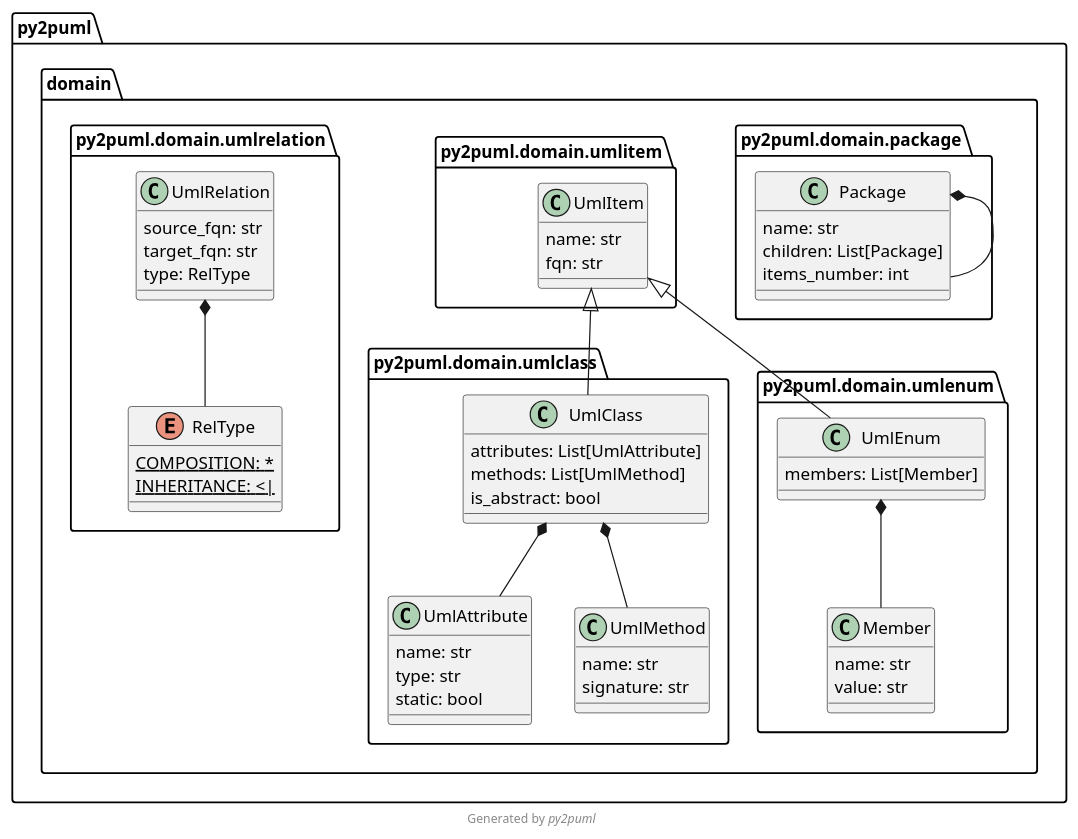
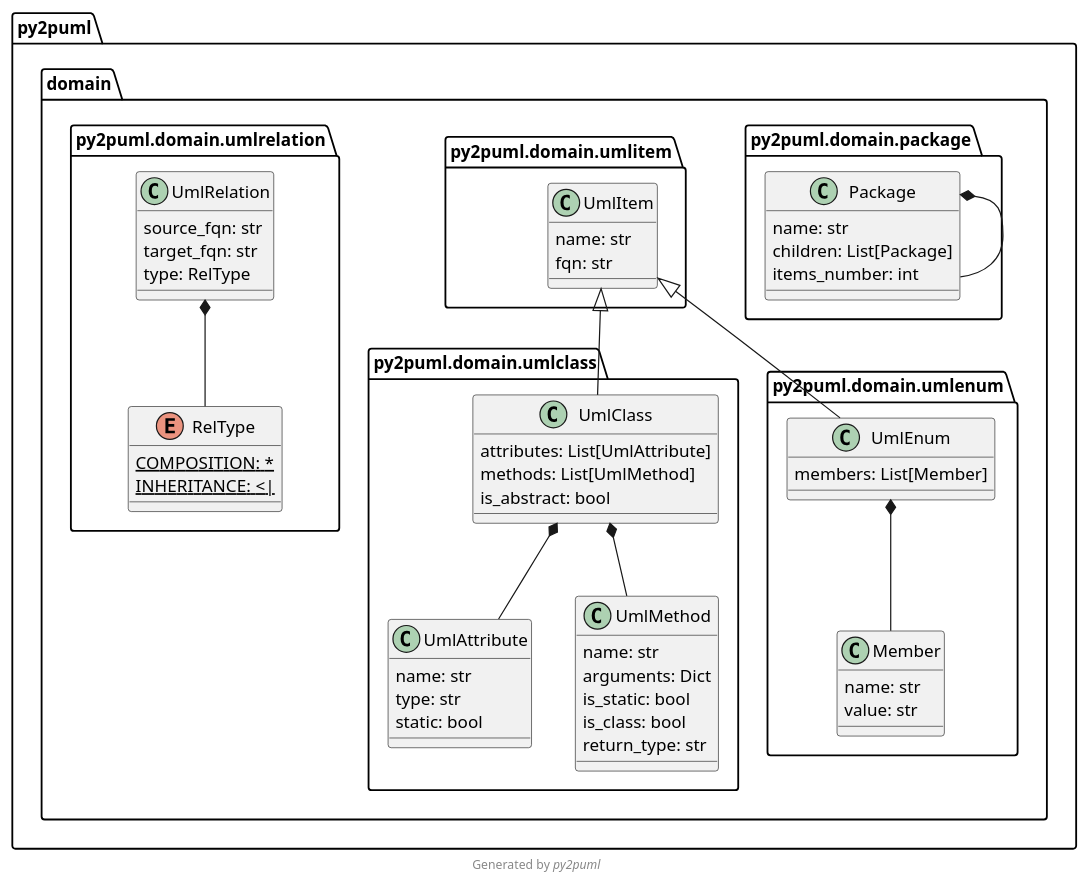
The diagram in py2puml/py2puml.domain.puml (lucsorel/py2puml), drawn with PlantUML before and after one commit. The commit also changed 6 other files, not shown here.

First line of the commit message:
Implement return_type

```diff
--- a/py2puml/py2puml.domain.puml
+++ b/py2puml/py2puml.domain.puml
@@ -1,56 +1,59 @@
 @startuml py2puml.domain
 namespace py2puml.domain {
   namespace package {}
   namespace umlclass {}
   namespace umlitem {}
   namespace umlenum {}
   namespace umlrelation {}
 }
 class py2puml.domain.package.Package {
   name: str
   children: List[Package]
   items_number: int
 }
 class py2puml.domain.umlclass.UmlAttribute {
   name: str
   type: str
   static: bool
 }
 class py2puml.domain.umlclass.UmlClass {
   attributes: List[UmlAttribute]
   methods: List[UmlMethod]
   is_abstract: bool
 }
 class py2puml.domain.umlitem.UmlItem {
   name: str
   fqn: str
 }
 class py2puml.domain.umlclass.UmlMethod {
   name: str
-  signature: str
+  arguments: Dict
+  is_static: bool
+  is_class: bool
+  return_type: str
 }
 class py2puml.domain.umlenum.Member {
   name: str
   value: str
 }
 class py2puml.domain.umlenum.UmlEnum {
   members: List[Member]
 }
 enum py2puml.domain.umlrelation.RelType {
   COMPOSITION: * {static}
   INHERITANCE: <| {static}
 }
 class py2puml.domain.umlrelation.UmlRelation {
   source_fqn: str
   target_fqn: str
   type: RelType
 }
 py2puml.domain.package.Package *-- py2puml.domain.package.Package
 py2puml.domain.umlclass.UmlClass *-- py2puml.domain.umlclass.UmlAttribute
 py2puml.domain.umlclass.UmlClass *-- py2puml.domain.umlclass.UmlMethod
 py2puml.domain.umlitem.UmlItem <|-- py2puml.domain.umlclass.UmlClass
 py2puml.domain.umlenum.UmlEnum *-- py2puml.domain.umlenum.Member
 py2puml.domain.umlitem.UmlItem <|-- py2puml.domain.umlenum.UmlEnum
 py2puml.domain.umlrelation.UmlRelation *-- py2puml.domain.umlrelation.RelType
 footer Generated by //py2puml//
 @enduml
```
